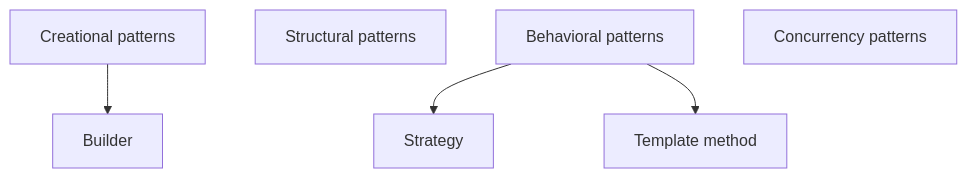
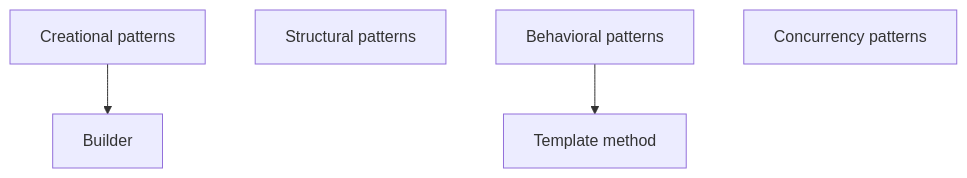
The diagram in README.md (LastovkinKirill/design-patterns), drawn with Mermaid before and after one commit. The commit also changed other lines of this file, not shown here.

````diff
--- a/README.md
+++ b/README.md
@@ -3,11 +3,10 @@
 ```mermaid
 graph TD
 ;
     creational[Creational patterns];
     creational --> builder[Builder]
     structural[Structural patterns];
     behavioral[Behavioral patterns];
-    behavioral --> strategy["Strategy"]
     behavioral --> template_method["Template method"]
     concurrency[Concurrency patterns];
 ```
````
